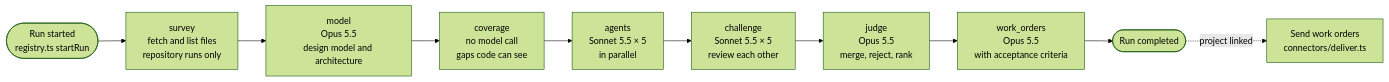
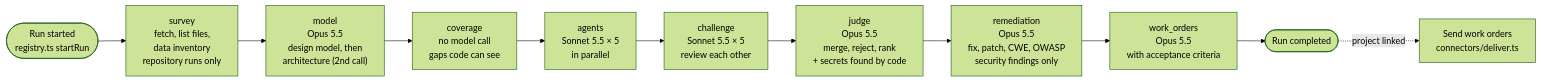
One commit to rvren/windtunnel changed the third of 10 diagrams in docs/architecture.md. Above: the diagram before and after it, drawn with Mermaid (forest theme). The commit also changed other lines of this file and 30 other files, not shown here.

First line of the commit message:
Security remediation, a data and secret inventory, and 8090 label fix

````diff
--- a/docs/architecture.md
+++ b/docs/architecture.md
@@ -116,12 +116,13 @@
 ```mermaid
 flowchart LR
   start(["Run started<br/>registry.ts startRun"]) --> survey
-  survey["survey<br/>fetch and list files<br/>repository runs only"] --> model
-  model["model<br/>Opus 5.5<br/>design model and architecture"] --> coverage
+  survey["survey<br/>fetch, list files,<br/>data inventory<br/>repository runs only"] --> model
+  model["model<br/>Opus 5.5<br/>design model, then<br/>architecture (2nd call)"] --> coverage
   coverage["coverage<br/>no model call<br/>gaps code can see"] --> agents
   agents["agents<br/>Sonnet 5.5 × 5<br/>in parallel"] --> challenge
   challenge["challenge<br/>Sonnet 5.5 × 5<br/>review each other"] --> judge
-  judge["judge<br/>Opus 5.5<br/>merge, reject, rank"] --> work_orders
+  judge["judge<br/>Opus 5.5<br/>merge, reject, rank<br/>+ secrets found by code"] --> remediation
+  remediation["remediation<br/>Opus 5.5<br/>fix, patch, CWE, OWASP<br/>security findings only"] --> work_orders
   work_orders["work_orders<br/>Opus 5.5<br/>with acceptance criteria"] --> done
   done(["Run completed"]) -. "project linked" .-> deliver["Send work orders<br/>connectors/deliver.ts"]
 ```
````
